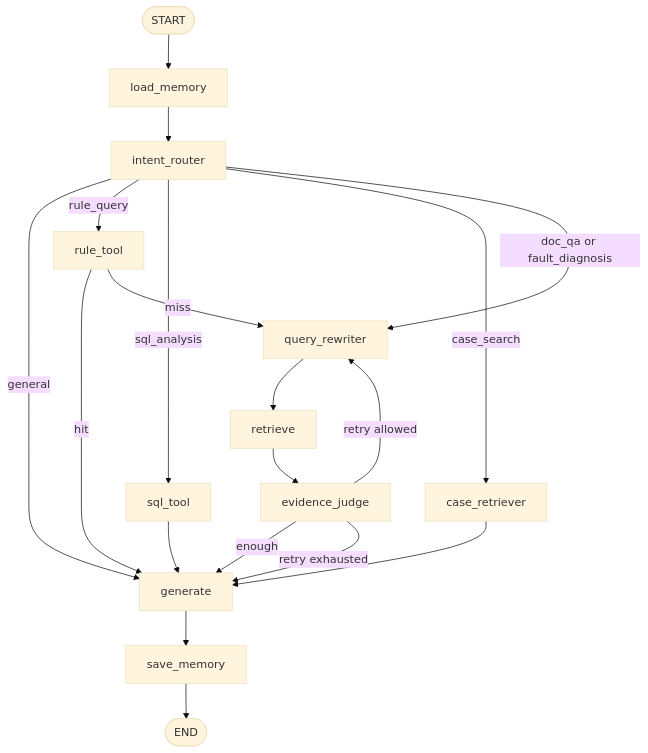
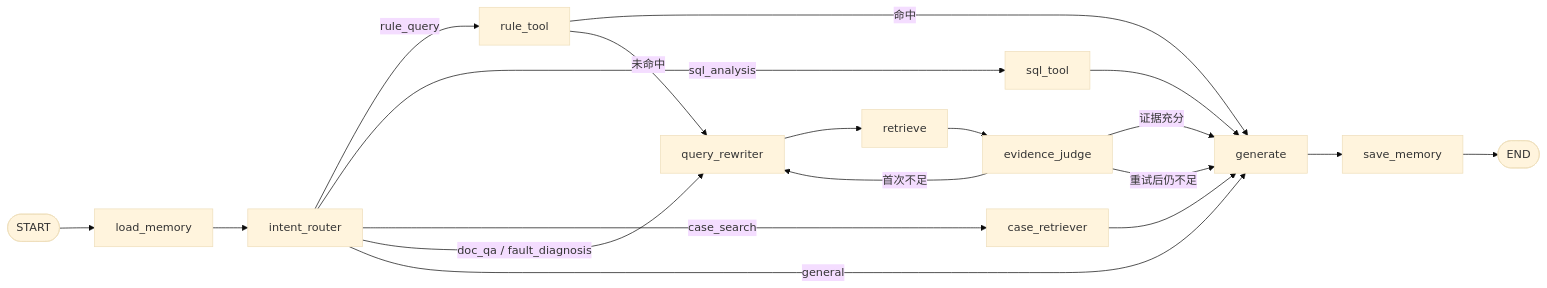
One commit to nwxshm-ylj/Industrial-Quality-Agentic-RAG-Assistant changed the second of 5 diagrams in docs/architecture.md. Above: the diagram before and after it, drawn with Mermaid (base theme). The commit also changed other lines of this file and 9 other files, not shown here.

````diff
--- a/docs/architecture.md
+++ b/docs/architecture.md
@@ -116,25 +94,21 @@
-~~~mermaid
-flowchart TD
-    Start([START]) --> Load[load_memory]
-    Load --> Intent[intent_router]
-
-    Intent -->|general| Generate[generate]
-    Intent -->|rule_query| Rule[rule_tool]
-    Intent -->|sql_analysis| SQL[sql_tool]
-    Intent -->|case_search| Case[case_retriever]
-    Intent -->|doc_qa or fault_diagnosis| Rewrite[query_rewriter]
-
-    Rule -->|hit| Generate
-    Rule -->|miss| Rewrite
-    SQL --> Generate
-    Case --> Generate
-
-    Rewrite --> Retrieve[retrieve]
-    Retrieve --> Judge[evidence_judge]
-    Judge -->|enough| Generate
-    Judge -->|retry allowed| Rewrite
-    Judge -->|retry exhausted| Generate
-
-    Generate --> Save[save_memory]
-    Save --> End([END])
-~~~
+```mermaid
+flowchart LR
+    S([START]) --> LM[load_memory]
+    LM --> IR[intent_router]
+    IR -->|rule_query| RT[rule_tool]
+    IR -->|sql_analysis| ST[sql_tool]
+    IR -->|case_search| CR[case_retriever]
+    IR -->|doc_qa / fault_diagnosis| QR[query_rewriter]
+    IR -->|general| G[generate]
+    RT -->|命中| G
+    RT -->|未命中| QR
+    ST --> G
+    CR --> G
+    QR --> R[retrieve]
+    R --> EJ[evidence_judge]
+    EJ -->|证据充分| G
+    EJ -->|首次不足| QR
+    EJ -->|重试后仍不足| G
+    G --> SM[save_memory]
+    SM --> E([END])
+```
````
